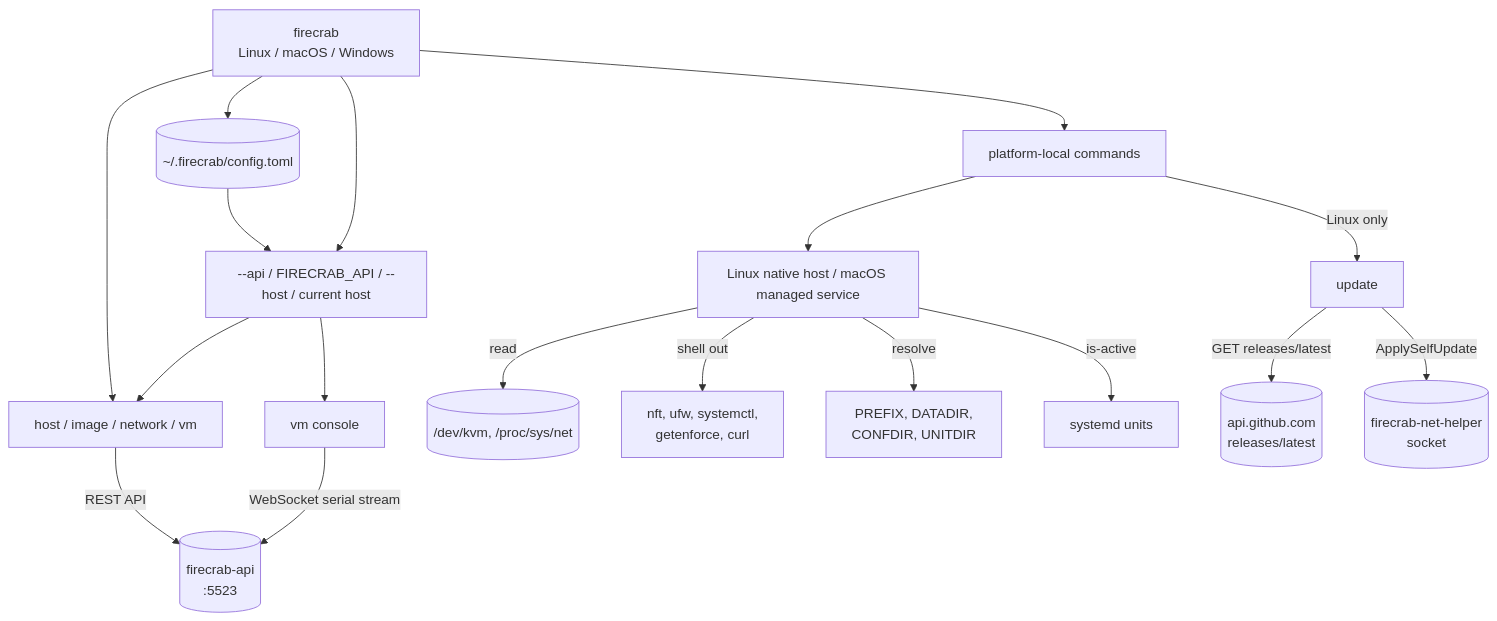
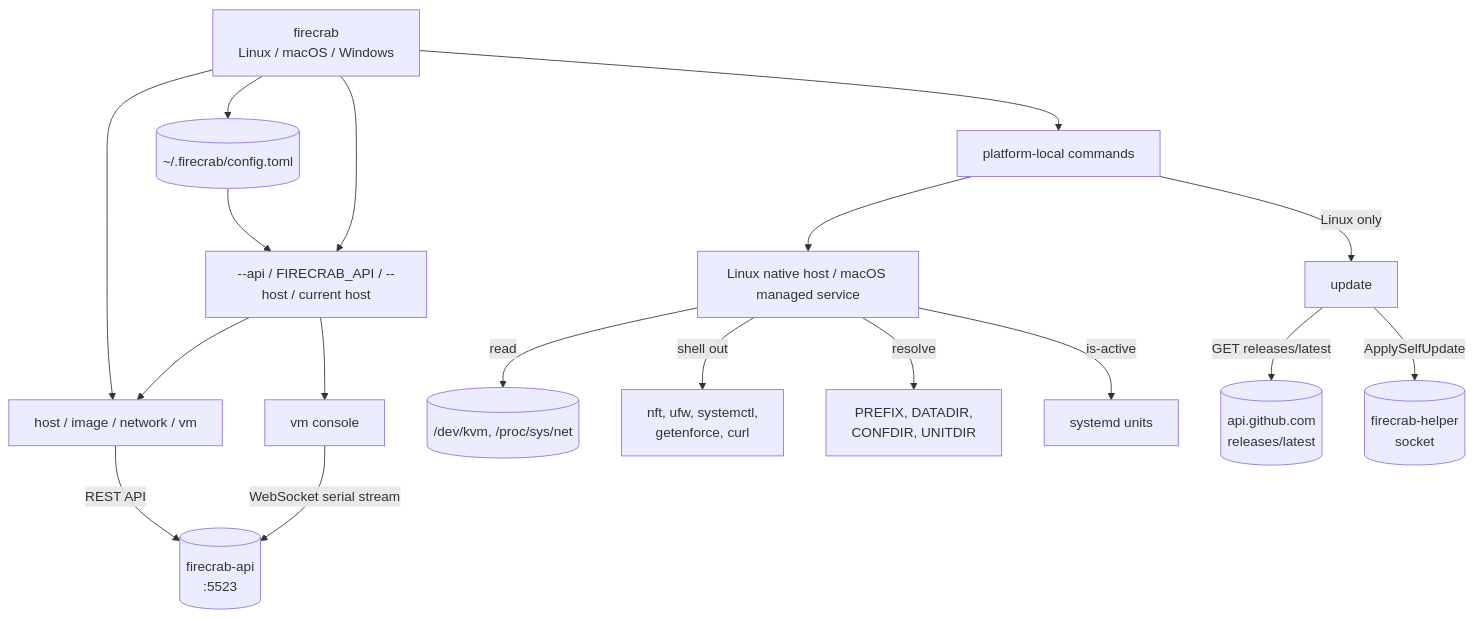
The diagram in public-docs/firecrab-cli.md (MAliffadlan/firecrab), drawn with Mermaid before and after one commit. The commit also changed other lines of this file and 82 other files, not shown here.

````diff
--- a/public-docs/firecrab-cli.md
+++ b/public-docs/firecrab-cli.md
@@ -29,35 +29,35 @@
 ```mermaid
 flowchart TD
     CLI["firecrab<br/>Linux / macOS / Windows"]
     Config[("~/.firecrab/config.toml")]
     Select["--api / FIRECRAB_API / --host / current host"]
     Local["platform-local commands"]
     Doctor["Linux native host / macOS managed service"]
     Resources["host / image / network / vm"]
     Console["vm console"]
     Update["update"]
     Proc[("/dev/kvm, /proc/sys/net")]
     Tools["nft, ufw, systemctl,\ngetenforce, curl"]
     Paths["PREFIX, DATADIR,\nCONFDIR, UNITDIR"]
     Units["systemd units"]
     API[("firecrab-api\n:5523")]
     GH[("api.github.com\nreleases/latest")]
-    Helper[("firecrab-net-helper\nsocket")]
+    Helper[("firecrab-helper\nsocket")]
     CLI --> Config
     Config --> Select
     CLI --> Select
     CLI --> Local
     Local --> Doctor
     CLI --> Resources
     Select --> Console
     Local -->|Linux only| Update
     Doctor -->|read| Proc
     Doctor -->|shell out| Tools
     Doctor -->|resolve| Paths
     Doctor -->|is-active| Units
     Select --> Resources
     Resources -->|REST API| API
     Console -->|WebSocket serial stream| API
     Update -->|GET releases/latest| GH
     Update -->|ApplySelfUpdate| Helper
 ```
````
